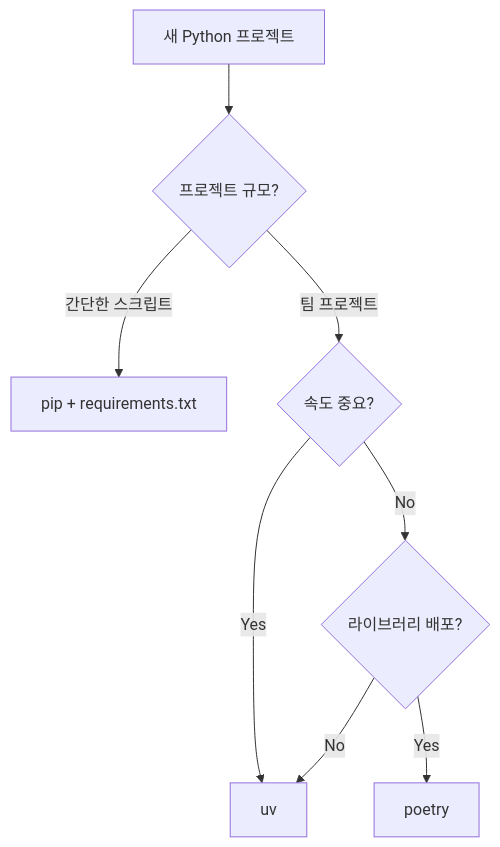
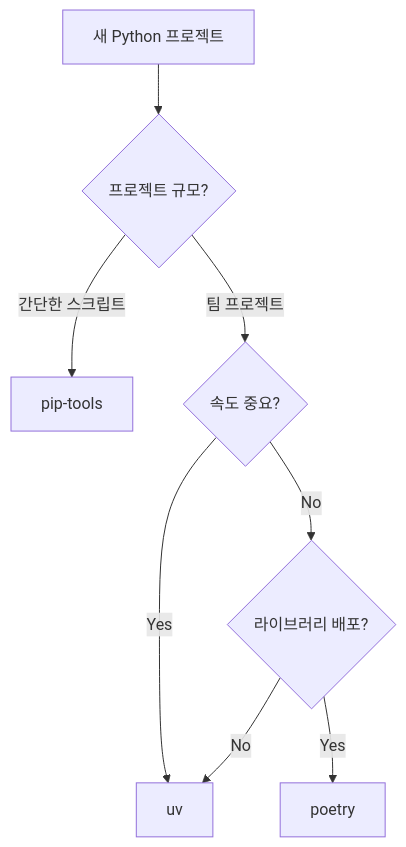
One commit to Hansanghyun-github/TIL changed the diagram in ai_generated/python-package-managers-comparison.md. Above: the diagram before and after it, drawn with Mermaid. The commit also changed other lines of this file, not shown here.

Commit message:
Update: pip → pip-tools (requirements.in) 방식으로 변경

````diff
--- a/ai_generated/python-package-managers-comparison.md
+++ b/ai_generated/python-package-managers-comparison.md
@@ -212,10 +230,10 @@
 ```mermaid
 flowchart TD
     A[새 Python 프로젝트] --> B{프로젝트 규모?}
-    B -->|간단한 스크립트| C[pip + requirements.txt]
+    B -->|간단한 스크립트| C[pip-tools]
     B -->|팀 프로젝트| D{속도 중요?}
     D -->|Yes| E[uv]
     D -->|No| F{라이브러리 배포?}
     F -->|Yes| G[poetry]
     F -->|No| E
 ```
````
